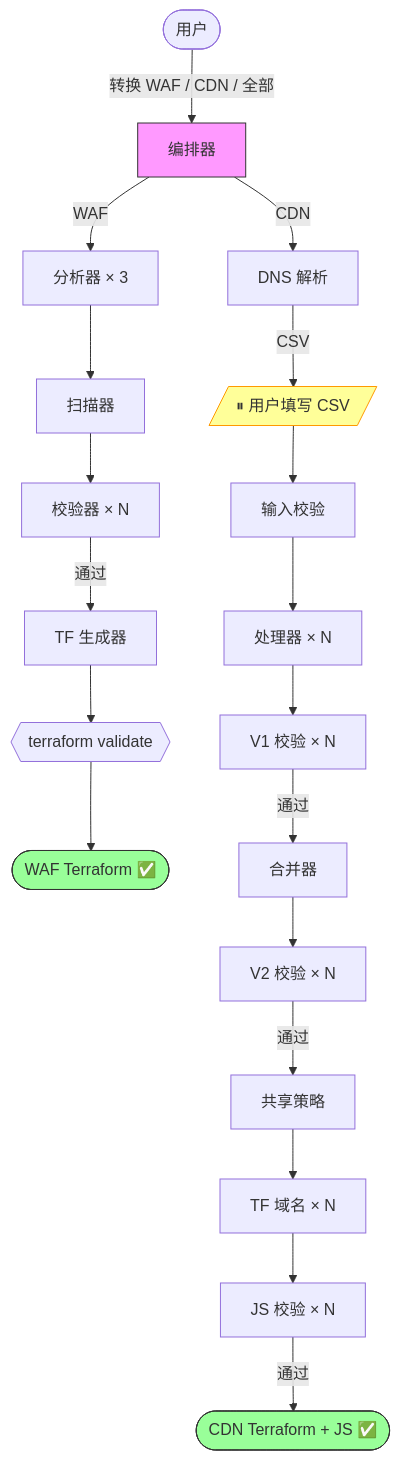
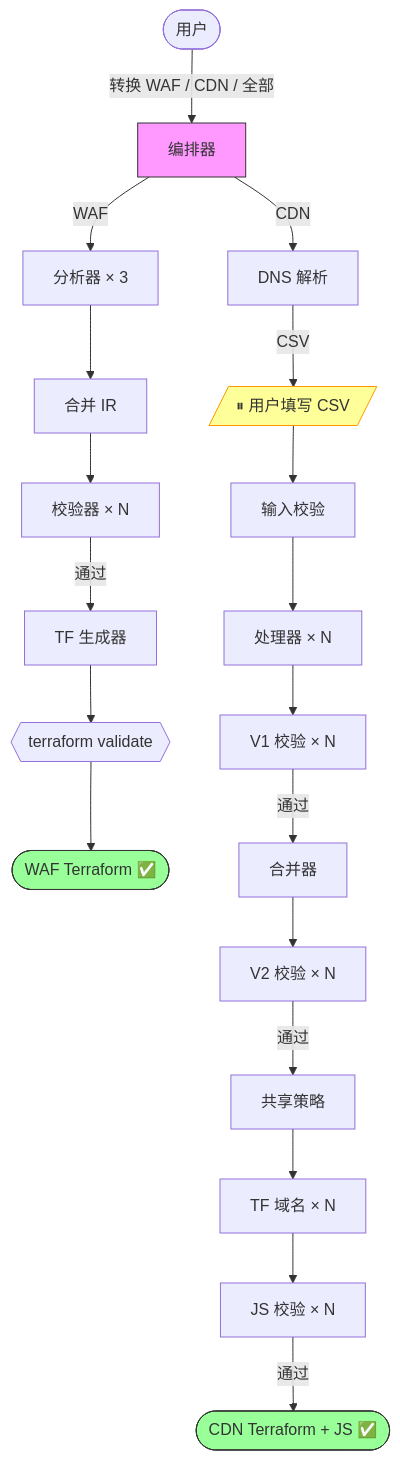
The diagram in README_CN.md (chenghit/cloudflare-aws-edge-config-converter), drawn with Mermaid before and after one commit. The commit also changed other lines of this file and 16 other files, not shown here.

````diff
--- a/README_CN.md
+++ b/README_CN.md
@@ -77,22 +77,22 @@
 ```mermaid
 flowchart TD
     User([用户]) -->|"转换 WAF / CDN / 全部"| Main["编排器"]
 
-    Main -->|WAF| WAF_A["分析器 × 3"] --> WAF_S["扫描器"] --> WAF_V["校验器 × N"] -->|通过| WAF_G["TF 生成器"] --> WAF_T{{"terraform validate"}} --> WAF_Done([WAF Terraform ✅])
+    Main -->|WAF| WAF_A["分析器 × 3"] --> WAF_M["合并 IR"] --> WAF_V["校验器 × N"] -->|通过| WAF_G["TF 生成器"] --> WAF_T{{"terraform validate"}} --> WAF_Done([WAF Terraform ✅])
 
     Main -->|CDN| CDN1["DNS 解析"] -->|CSV| Pause[/"⏸ 用户填写 CSV"/]
     Pause --> CDN2["输入校验"]
     CDN2 --> CDN3["处理器 × N"]
     CDN3 --> CDN4["V1 校验 × N"]
     CDN4 -->|通过| CDN5["合并器"]
     CDN5 --> CDN6["V2 校验 × N"]
     CDN6 -->|通过| CDN7["共享策略"]
     CDN7 --> CDN8["TF 域名 × N"]
     CDN8 --> CDN9["JS 校验 × N"]
     CDN9 -->|通过| CDN_Done([CDN Terraform + JS ✅])
 
     style Main fill:#f9f,stroke:#333
     style Pause fill:#ff9,stroke:#f90
     style WAF_Done fill:#9f9,stroke:#333
     style CDN_Done fill:#9f9,stroke:#333
 ```
````
